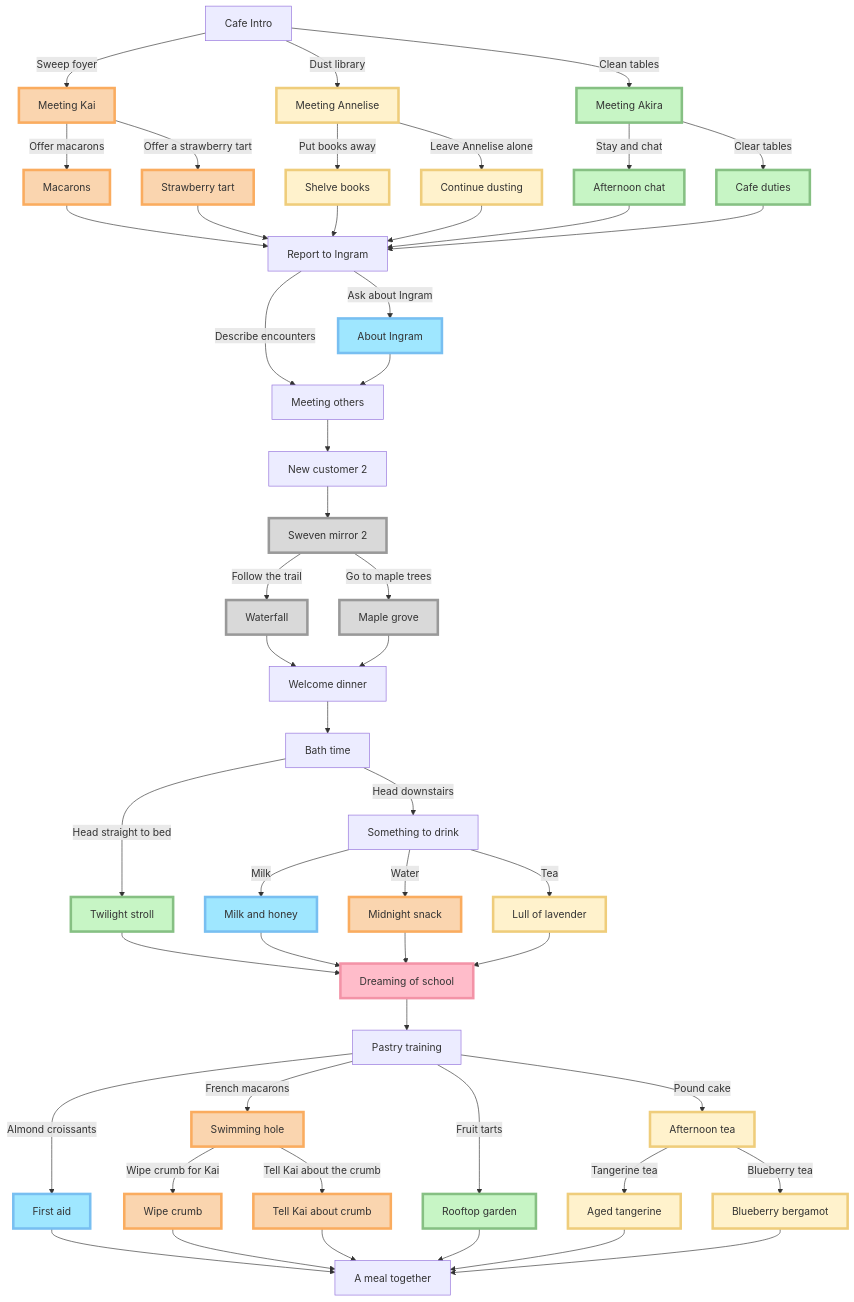
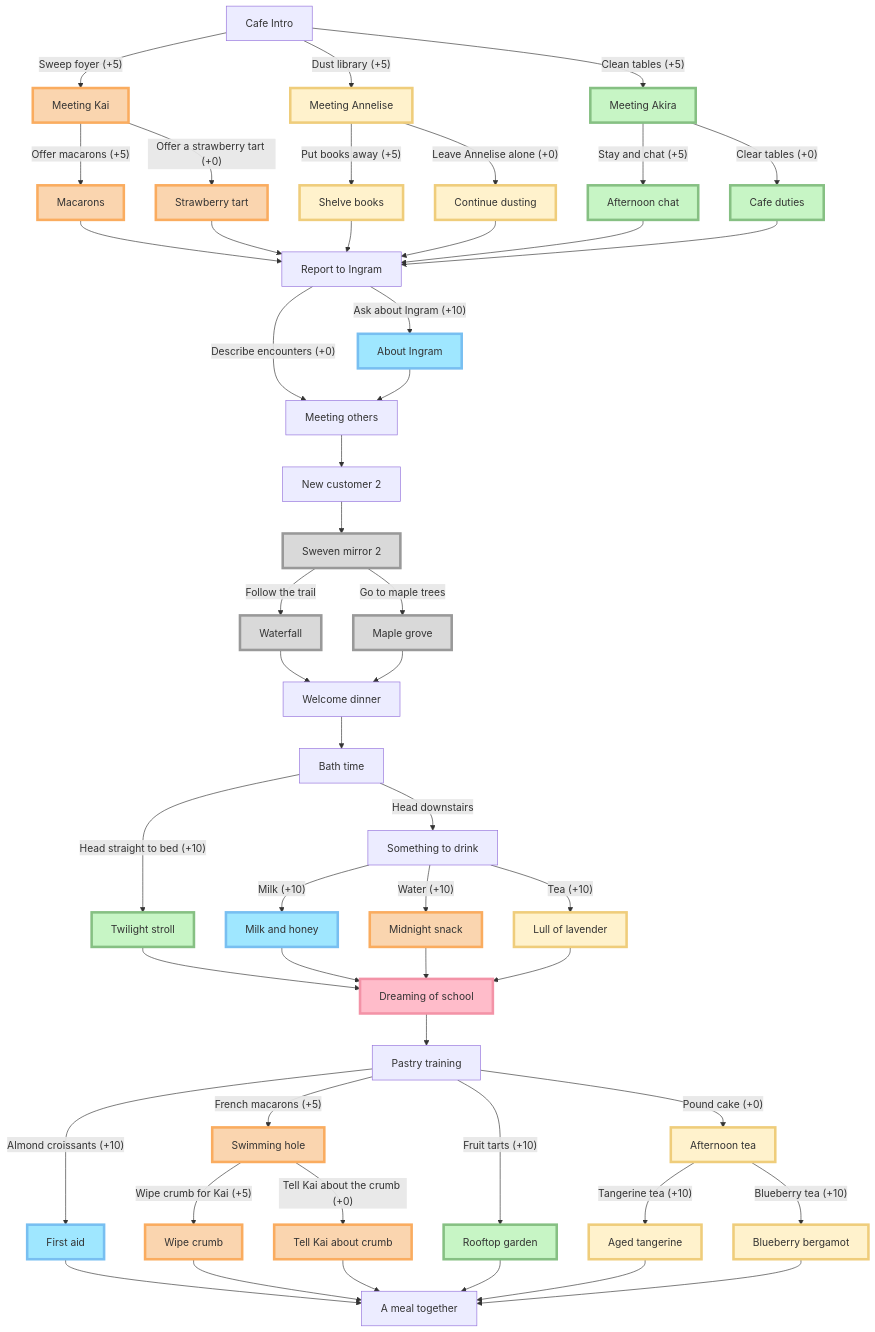
One commit to milkysan92/nobaros-cafe changed the diagram in script/Nobaros Cafe/Chapter 2/Chapter 2 Master.md. Above: the diagram before and after it, drawn with Mermaid. The commit also changed 1 other file, not shown here.

Commit message:
Add intimacy point numbers to CH2 Obsidian flowchart

```diff
--- a/script/Nobaros Cafe/Chapter 2/Chapter 2 Master.md
+++ b/script/Nobaros Cafe/Chapter 2/Chapter 2 Master.md
@@ -48,36 +48,36 @@
 classDef annelise-route fill:#fff2cc,stroke:#efcd7b,stroke-width:4px
 
 %% Establish node connections
-CH2--Sweep foyer-->meet-kai
-meet-kai--Offer macarons-->macarons-kai-->report-ingram
-meet-kai--Offer a strawberry tart-->strawberry-kai-->report-ingram
-CH2--Dust library-->meet-annelise
-meet-annelise--Put books away-->shelve-annelise-->report-ingram
-meet-annelise--Leave Annelise alone-->dust-annelise-->report-ingram
-CH2--Clean tables-->meet-akira
-meet-akira--Stay and chat-->chat-akira-->report-ingram
-meet-akira--Clear tables-->clean-akira-->report-ingram
-report-ingram--Describe encounters-->meeting-others
-report-ingram--Ask about Ingram-->ingram-job-->meeting-others
+CH2--Sweep foyer (+5)-->meet-kai
+meet-kai--Offer macarons (+5)-->macarons-kai-->report-ingram
+meet-kai--Offer a strawberry tart (+0)-->strawberry-kai-->report-ingram
+CH2--Dust library (+5)-->meet-annelise
+meet-annelise--Put books away (+5)-->shelve-annelise-->report-ingram
+meet-annelise--Leave Annelise alone (+0)-->dust-annelise-->report-ingram
+CH2--Clean tables (+5)-->meet-akira
+meet-akira--Stay and chat (+5)-->chat-akira-->report-ingram
+meet-akira--Clear tables (+0)-->clean-akira-->report-ingram
+report-ingram--Describe encounters (+0)-->meeting-others
+report-ingram--Ask about Ingram (+10)-->ingram-job-->meeting-others
 meeting-others-->customer2-->mirror2--Follow the trail-->waterfall
 mirror2--Go to maple trees-->maple
 maple & waterfall-->celebrate-dinner
 celebrate-dinner-->bathtime
-bathtime--Head straight to bed-->night-akira
+bathtime--Head straight to bed (+10)-->night-akira
 bathtime--Head downstairs-->choose-drink
-choose-drink--Milk-->night-ingram
-choose-drink--Water-->night-kai
-choose-drink--Tea-->night-annelise
+choose-drink--Milk (+10)-->night-ingram
+choose-drink--Water (+10)-->night-kai
+choose-drink--Tea (+10)-->night-annelise
 night-ingram & night-kai & night-akira & night-annelise-->school-dreams
 school-dreams-->masterchef
-masterchef--Almond croissants-->sweets-ingram
-masterchef--French macarons-->sweets-kai
-sweets-kai--Wipe crumb for Kai-->wipe-crumb-->group-dinner
-sweets-kai--Tell Kai about the crumb-->gesture-crumb-->group-dinner
-masterchef--Fruit tarts-->sweets-akira
-masterchef--Pound cake-->sweets-annelise
-sweets-annelise--Tangerine tea-->aged-tangerine-->group-dinner
-sweets-annelise--Blueberry tea-->blueberry-bergamot-->group-dinner
+masterchef--Almond croissants (+10)-->sweets-ingram
+masterchef--French macarons (+5)-->sweets-kai
+sweets-kai--Wipe crumb for Kai (+5)-->wipe-crumb-->group-dinner
+sweets-kai--Tell Kai about the crumb (+0)-->gesture-crumb-->group-dinner
+masterchef--Fruit tarts (+10)-->sweets-akira
+masterchef--Pound cake (+0)-->sweets-annelise
+sweets-annelise--Tangerine tea (+10)-->aged-tangerine-->group-dinner
+sweets-annelise--Blueberry tea (+10)-->blueberry-bergamot-->group-dinner
 sweets-ingram & sweets-akira-->group-dinner
 
 %% Format the routes & link to script files accordingly
```
